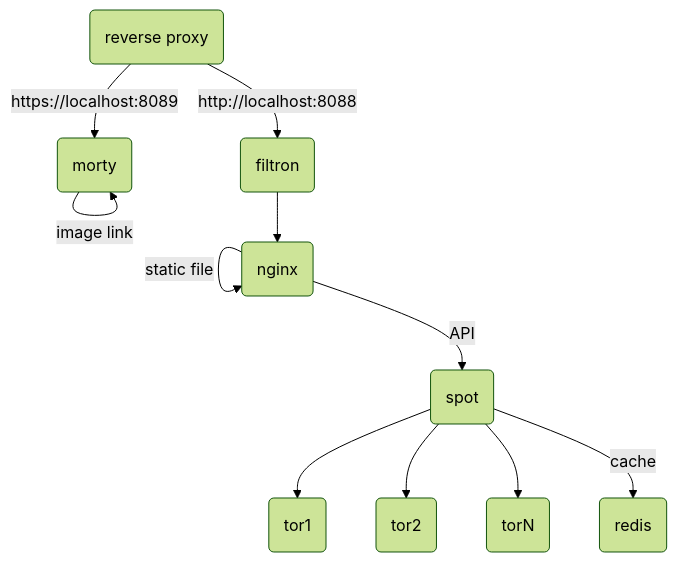
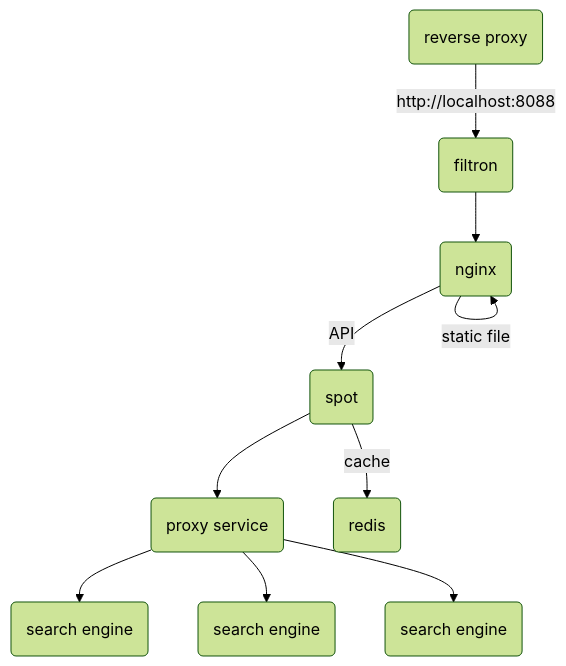
The diagram in README.md (rufatkiu/spotsearch), drawn with Mermaid (forest theme) before and after one commit. The commit also changed other lines of this file, not shown here.

````diff
--- a/README.md
+++ b/README.md
@@ -27,13 +25,12 @@
 ```mermaid
 graph TD
   A(reverse proxy) --> |http://localhost:8088| B(filtron)
-  A(reverse proxy) --> |https://localhost:8089| C(morty)
-  C --> |image link| C
-  B --> D(nginx)
-  D --> |static file| D
-  D --> |API| E(spot)
-  E --> H(tor1)
-  E --> I(tor2)
-  E --> J(torN)
-  E --> |cache| K(redis)
+  B --> C(nginx)
+  C --> |static file| C
+  C --> |API| D(spot)
+  D --> E(proxy service)
+  D --> |cache| F(redis)
+  E --> G(search engine)
+  E --> H(search engine)
+  E --> I(search engine)
 ```
````
